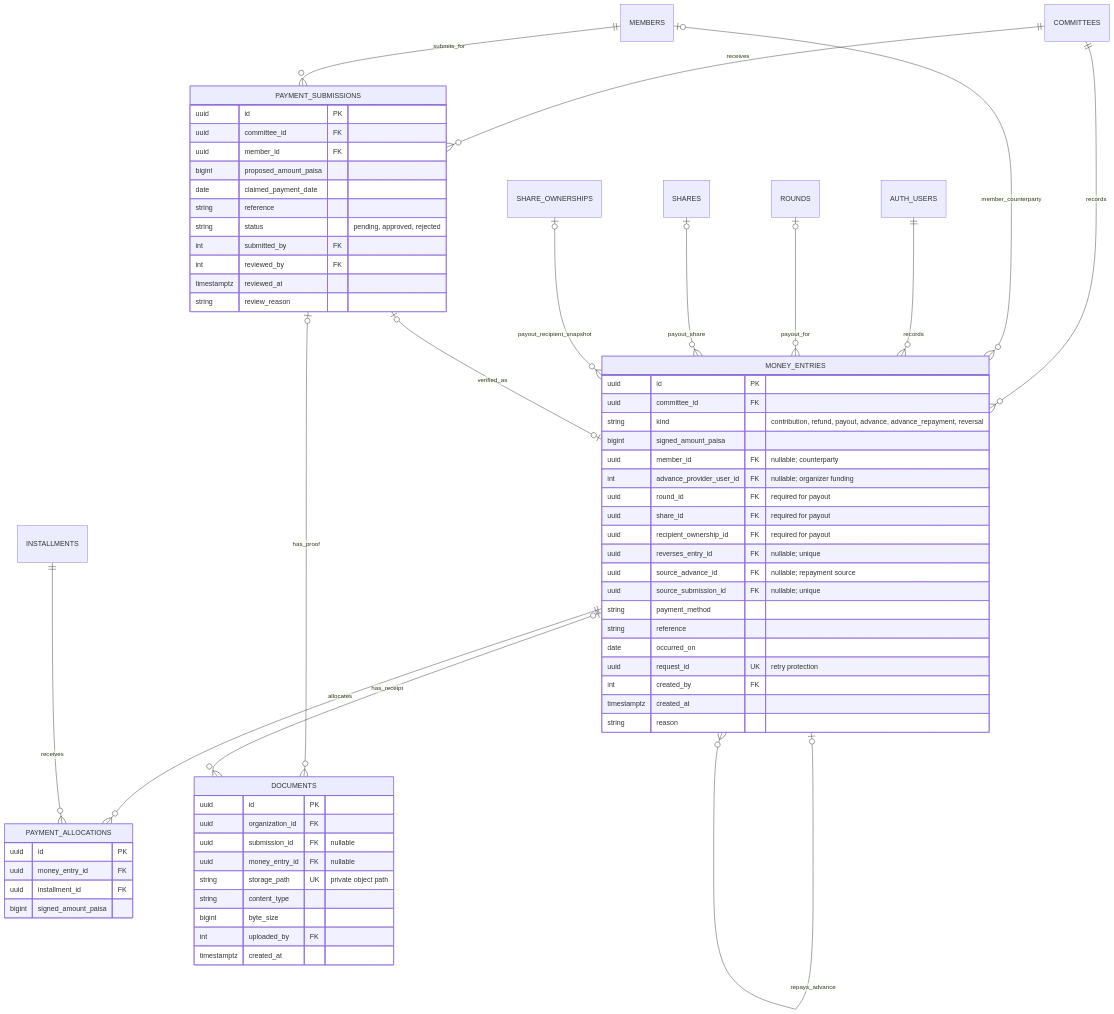
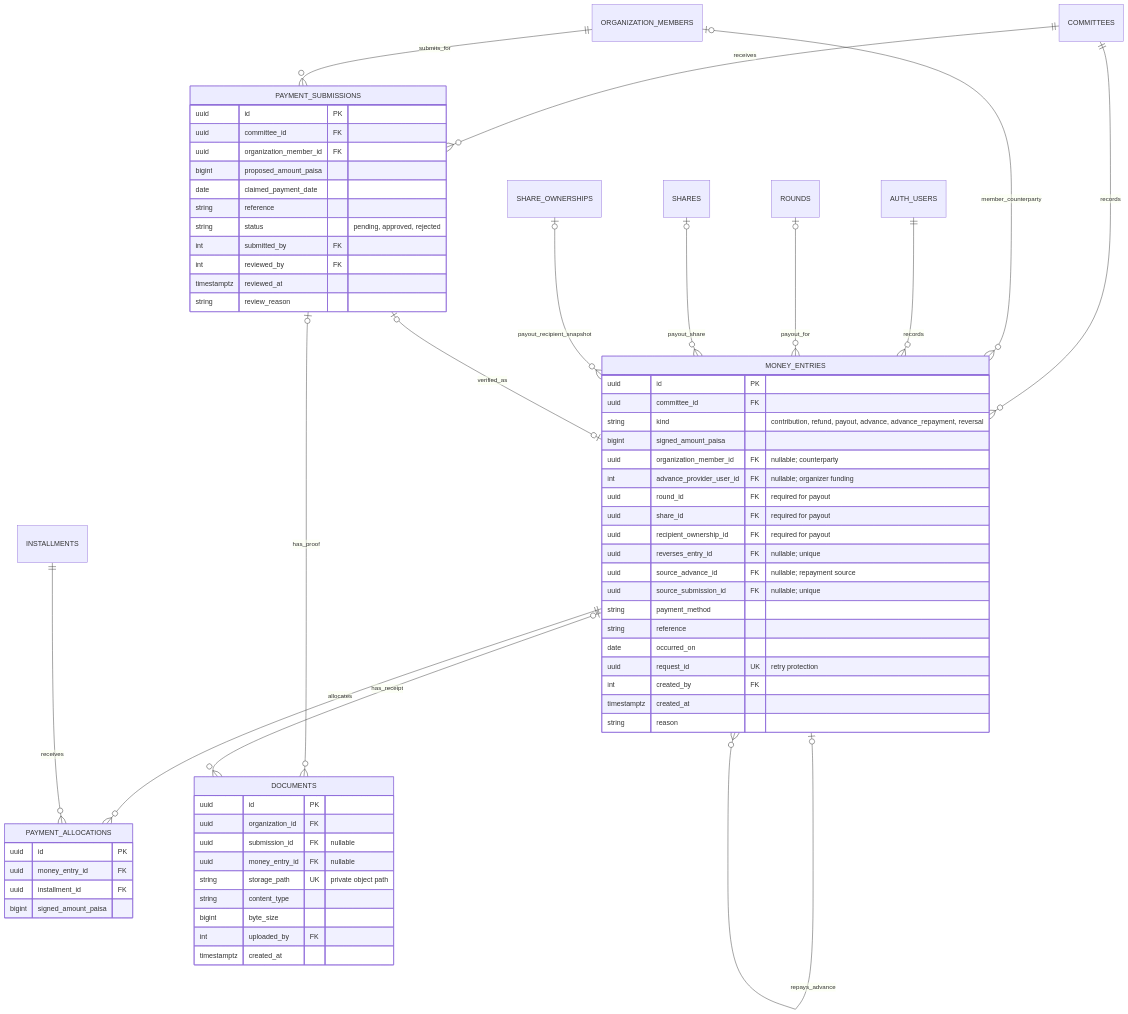
The second of 4 diagrams in docs/ERD.md (saif-qureshi/committee-manager), drawn with Mermaid before and after one commit. The commit also changed other lines of this file and 47 other files, not shown here.

````diff
--- a/docs/ERD.md
+++ b/docs/ERD.md
@@ -109,70 +108,70 @@
 ```mermaid
 erDiagram
     COMMITTEES ||--o{ MONEY_ENTRIES : records
-    MEMBERS o|--o{ MONEY_ENTRIES : member_counterparty
+    ORGANIZATION_MEMBERS o|--o{ MONEY_ENTRIES : member_counterparty
     AUTH_USERS ||--o{ MONEY_ENTRIES : records
     MONEY_ENTRIES ||--o{ PAYMENT_ALLOCATIONS : allocates
     INSTALLMENTS ||--o{ PAYMENT_ALLOCATIONS : receives
     ROUNDS o|--o{ MONEY_ENTRIES : payout_for
     SHARES o|--o{ MONEY_ENTRIES : payout_share
     SHARE_OWNERSHIPS o|--o{ MONEY_ENTRIES : payout_recipient_snapshot
     MONEY_ENTRIES o|--o{ MONEY_ENTRIES : reverses
     MONEY_ENTRIES o|--o{ MONEY_ENTRIES : repays_advance
     COMMITTEES ||--o{ PAYMENT_SUBMISSIONS : receives
-    MEMBERS ||--o{ PAYMENT_SUBMISSIONS : submits_for
+    ORGANIZATION_MEMBERS ||--o{ PAYMENT_SUBMISSIONS : submits_for
     PAYMENT_SUBMISSIONS o|--o| MONEY_ENTRIES : verified_as
     PAYMENT_SUBMISSIONS o|--o{ DOCUMENTS : has_proof
     MONEY_ENTRIES o|--o{ DOCUMENTS : has_receipt
 
     MONEY_ENTRIES {
         uuid id PK
         uuid committee_id FK
         string kind "contribution, refund, payout, advance, advance_repayment, reversal"
         bigint signed_amount_paisa
-        uuid member_id FK "nullable; counterparty"
+        uuid organization_member_id FK "nullable; counterparty"
         int advance_provider_user_id FK "nullable; organizer funding"
         uuid round_id FK "required for payout"
         uuid share_id FK "required for payout"
         uuid recipient_ownership_id FK "required for payout"
         uuid reverses_entry_id FK "nullable; unique"
         uuid source_advance_id FK "nullable; repayment source"
         uuid source_submission_id FK "nullable; unique"
         string payment_method
         string reference
         date occurred_on
         uuid request_id UK "retry protection"
         int created_by FK
         timestamptz created_at
         string reason
     }
     PAYMENT_ALLOCATIONS {
         uuid id PK
         uuid money_entry_id FK
         uuid installment_id FK
         bigint signed_amount_paisa
     }
     PAYMENT_SUBMISSIONS {
         uuid id PK
         uuid committee_id FK
-        uuid member_id FK
+        uuid organization_member_id FK
         bigint proposed_amount_paisa
         date claimed_payment_date
         string reference
         string status "pending, approved, rejected"
         int submitted_by FK
         int reviewed_by FK
         timestamptz reviewed_at
         string review_reason
     }
     DOCUMENTS {
         uuid id PK
         uuid organization_id FK
         uuid submission_id FK "nullable"
         uuid money_entry_id FK "nullable"
         string storage_path UK "private object path"
         string content_type
         bigint byte_size
         int uploaded_by FK
         timestamptz created_at
     }
 ```
````
